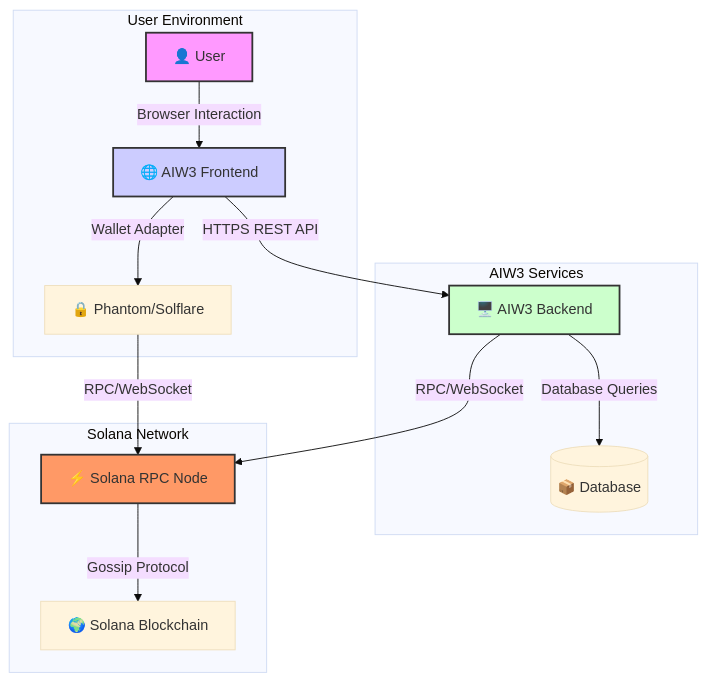
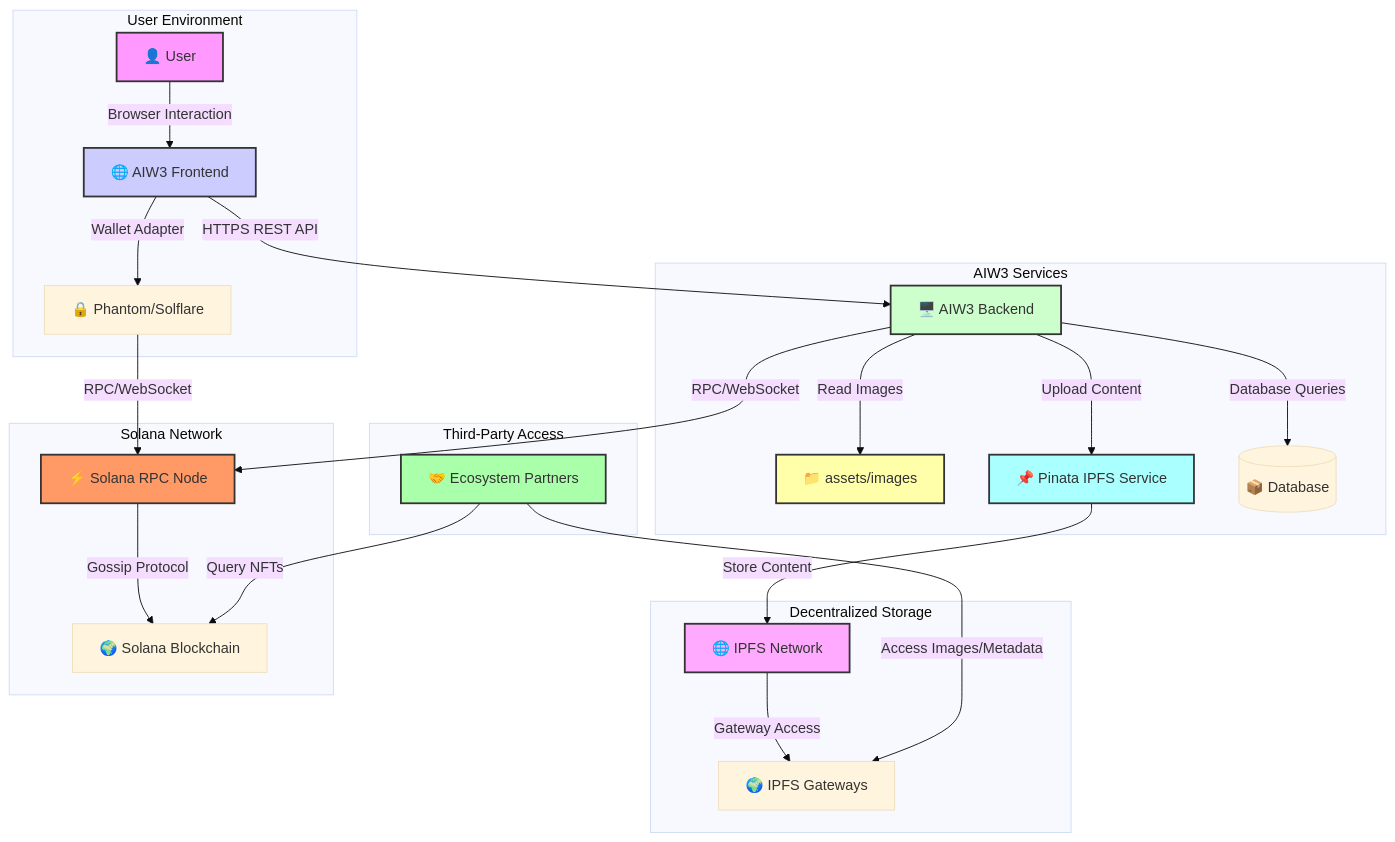
The fourth of 5 diagrams in docs/AIW3-NFT-System-Design.md (ljg-cqu/aiw3-nft-solana), drawn with Mermaid (base theme) before and after one commit. The commit also changed other lines of this file and 1 other file, not shown here.

Commit message:
docs: update NFT system to clarify image source-to-IPFS distribution flow

````diff
--- a/docs/AIW3-NFT-System-Design.md
+++ b/docs/AIW3-NFT-System-Design.md
@@ -224,23 +277,39 @@
 ```mermaid
 graph TD
     subgraph "User Environment"
         User[👤 User] -->|Browser Interaction| Frontend[🌐 AIW3 Frontend]
         Frontend -->|Wallet Adapter| Wallet[🔒 Phantom/Solflare]
     end
 
     subgraph "AIW3 Services"
         Frontend -->|HTTPS REST API| Backend[🖥️ AIW3 Backend]
+        Backend -->|Read Images| Assets[📁 assets/images]
+        Backend -->|Upload Content| PinataService[📌 Pinata IPFS Service]
         Backend -->|Database Queries| DB[(📦 Database)]
+    end
+
+    subgraph "Decentralized Storage"
+        PinataService -->|Store Content| IPFS[🌐 IPFS Network]
+        IPFS -->|Gateway Access| IPFSGateway[🌍 IPFS Gateways]
     end
 
     subgraph "Solana Network"
         Wallet -->|RPC/WebSocket| SolanaNode[⚡️ Solana RPC Node]
         Backend -->|RPC/WebSocket| SolanaNode
         SolanaNode -->|Gossip Protocol| SolanaCluster[🌍 Solana Blockchain]
     end
 
+    subgraph "Third-Party Access"
+        Partners[🤝 Ecosystem Partners] -->|Query NFTs| SolanaCluster
+        Partners -->|Access Images/Metadata| IPFSGateway
+    end
+
     style User fill:#f9f,stroke:#333,stroke-width:2px
     style Frontend fill:#ccf,stroke:#333,stroke-width:2px
     style Backend fill:#cfc,stroke:#333,stroke-width:2px
+    style Assets fill:#ffa,stroke:#333,stroke-width:2px
+    style PinataService fill:#aff,stroke:#333,stroke-width:2px
+    style IPFS fill:#faf,stroke:#333,stroke-width:2px
     style SolanaNode fill:#f96,stroke:#333,stroke-width:2px
+    style Partners fill:#afa,stroke:#333,stroke-width:2px
 ```
````
